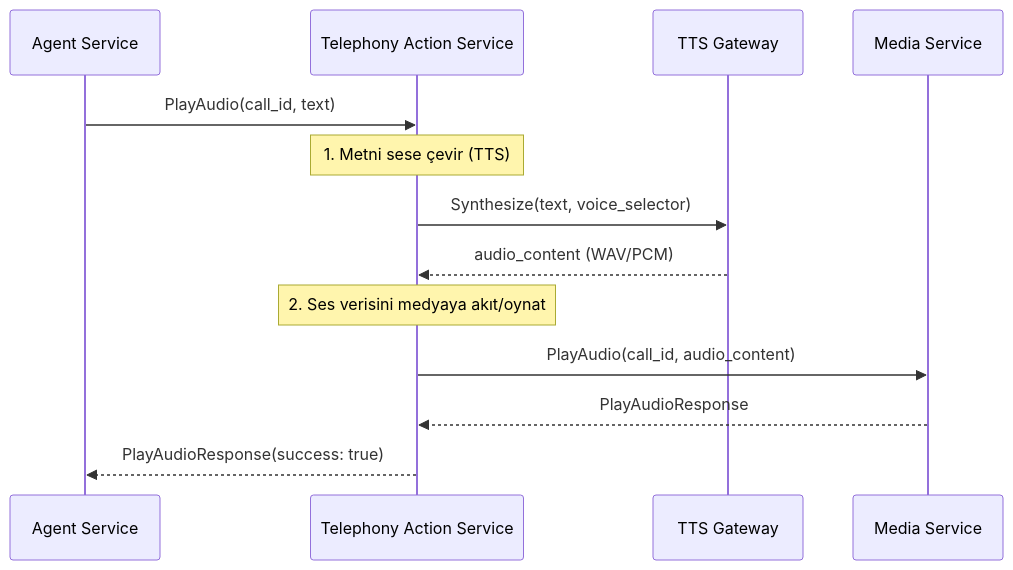
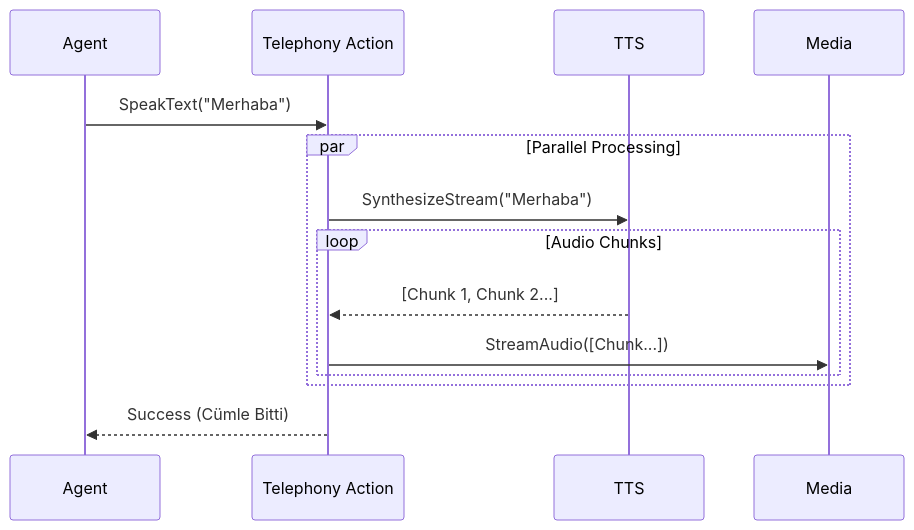
The diagram in LOGIC.md (sentiric/sentiric-telephony-action-service), drawn with Mermaid before and after one commit. The commit also changed other lines of this file, not shown here.

````diff
--- a/LOGIC.md
+++ b/LOGIC.md
@@ -9,19 +16,19 @@
 ```mermaid
 sequenceDiagram
-    participant Agent as Agent Service
-    participant TAS as Telephony Action Service
-    participant TTS as TTS Gateway
-    participant Media as Media Service
+    participant Agent
+    participant TAS as Telephony Action
+    participant TTS
+    participant Media
 
-    Agent->>TAS: PlayAudio(call_id, text)
+    Agent->>TAS: SpeakText("Merhaba")
     
-    Note over TAS: 1. Metni sese çevir (TTS)
-    TAS->>TTS: Synthesize(text, voice_selector)
-    TTS-->>TAS: audio_content (WAV/PCM)
+    par Parallel Processing
+        TAS->>TTS: SynthesizeStream("Merhaba")
+        loop Audio Chunks
+            TTS-->>TAS: [Chunk 1, Chunk 2...]
+            TAS->>Media: StreamAudio([Chunk...])
+        end
+    end
     
-    Note over TAS: 2. Ses verisini medyaya akıt/oynat
-    TAS->>Media: PlayAudio(call_id, audio_content)
-    Media-->>TAS: PlayAudioResponse
-    
-    TAS-->>Agent: PlayAudioResponse(success: true)
+    TAS-->>Agent: Success (Cümle Bitti)
 ```
````
